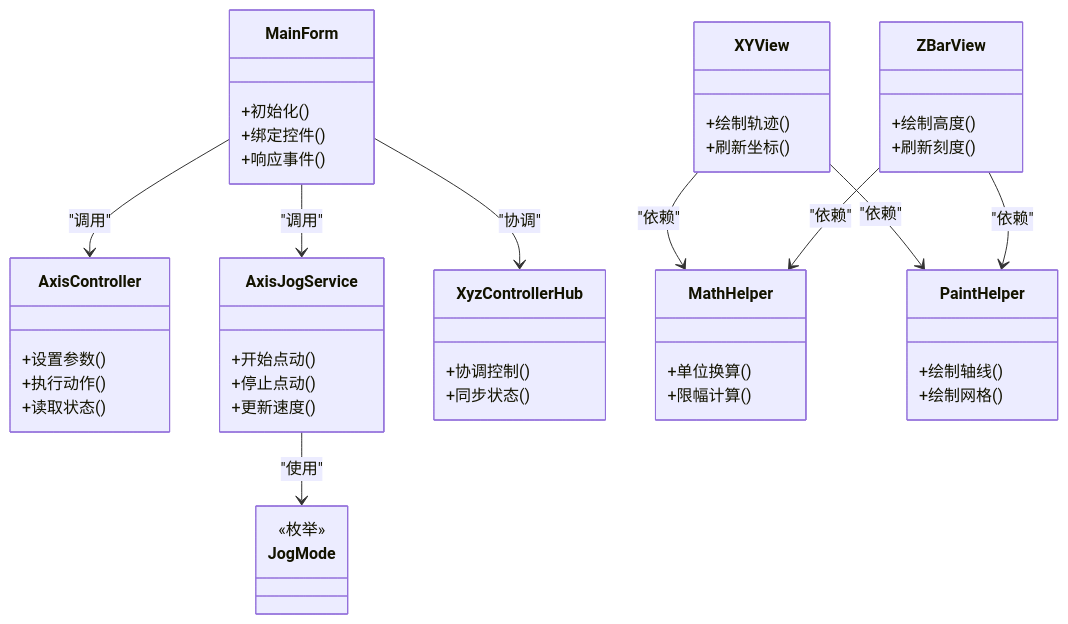
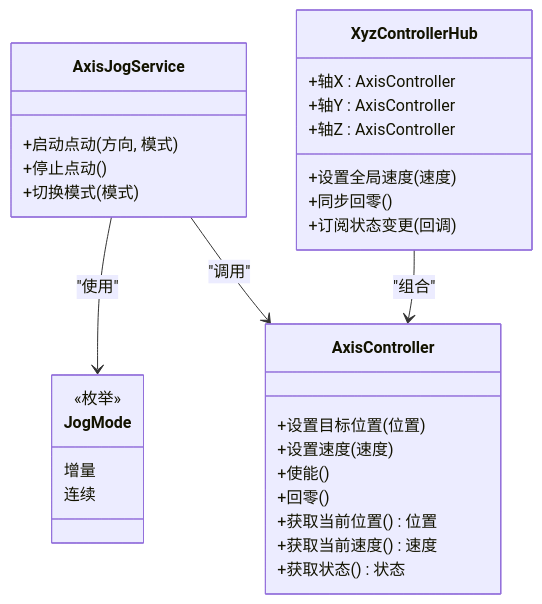
Before and after one commit to fuweiq94-cloud/3399180760: the third of 7 diagrams in .qoder/repowiki/zh/content/项目概述.md, drawn with Mermaid. The commit also changed other lines of this file and 94 other files, not shown here.

First line of the commit message:
docs(api): 添加完整 XyzController API 接口文档

````diff
--- a/.qoder/repowiki/zh/content/项目概述.md
+++ b/.qoder/repowiki/zh/content/项目概述.md
@@ -174,49 +178,33 @@
 ```mermaid
 classDiagram
-class MainForm {
-+初始化()
-+绑定控件()
-+响应事件()
-}
 class AxisController {
-+设置参数()
-+执行动作()
-+读取状态()
++设置目标位置(位置)
++设置速度(速度)
++使能()
++回零()
++获取当前位置() 位置
++获取当前速度() 速度
++获取状态() 状态
 }
 class AxisJogService {
-+开始点动()
++启动点动(方向, 模式)
 +停止点动()
-+更新速度()
++切换模式(模式)
 }
 class JogMode {
 <<枚举>>
+增量
+连续
 }
 class XyzControllerHub {
-+协调控制()
-+同步状态()
++轴X : AxisController
++轴Y : AxisController
++轴Z : AxisController
++设置全局速度(速度)
++同步回零()
++订阅状态变更(回调)
 }
-class XYView {
-+绘制轨迹()
-+刷新坐标()
-}
-class ZBarView {
-+绘制高度()
-+刷新刻度()
-}
-class MathHelper {
-+单位换算()
-+限幅计算()
-}
-class PaintHelper {
-+绘制轴线()
-+绘制网格()
-}
-MainForm --> AxisController : "调用"
-MainForm --> AxisJogService : "调用"
-MainForm --> XyzControllerHub : "协调"
+XyzControllerHub --> AxisController : "组合"
 AxisJogService --> JogMode : "使用"
-XYView --> MathHelper : "依赖"
-XYView --> PaintHelper : "依赖"
-ZBarView --> MathHelper : "依赖"
-ZBarView --> PaintHelper : "依赖"
+AxisJogService --> AxisController : "调用"
 ```
````
